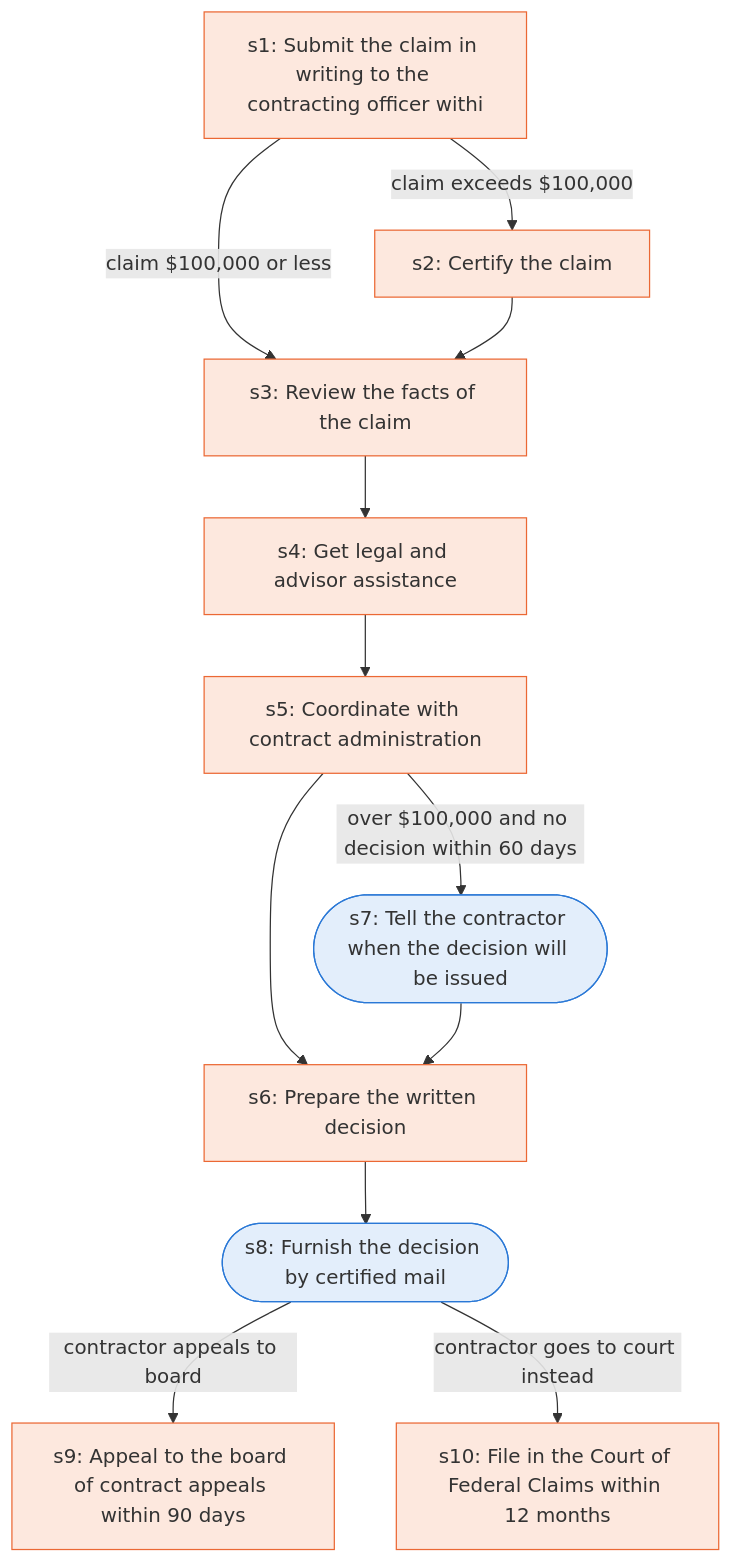
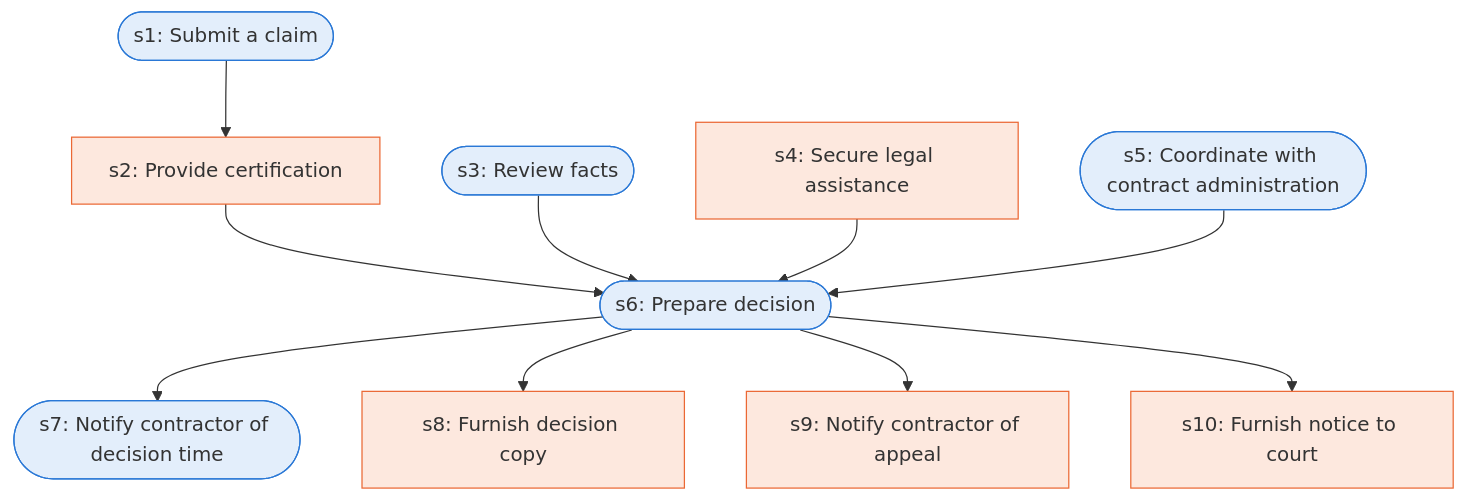
Before and after one commit to Jitesh-Mishra/sop-to-agent-workflows: the diagram in docs/runbooks/far_contract_claim_decision.md, drawn with Mermaid. The commit also changed other lines of this file and 172 other files, not shown here.

````diff
--- a/docs/runbooks/far_contract_claim_decision.md
+++ b/docs/runbooks/far_contract_claim_decision.md
@@ -7,28 +7,26 @@
 ```mermaid
 flowchart TD
-  s1["s1: Submit the claim in writing to the contracting officer withi"]
-  s2["s2: Certify the claim"]
-  s3["s3: Review the facts of the claim"]
-  s4["s4: Get legal and advisor assistance"]
-  s5["s5: Coordinate with contract administration"]
-  s6["s6: Prepare the written decision"]
-  s7(["s7: Tell the contractor when the decision will be issued"])
-  s8(["s8: Furnish the decision by certified mail"])
-  s9["s9: Appeal to the board of contract appeals within 90 days"]
-  s10["s10: File in the Court of Federal Claims within 12 months"]
-  s1 -->|claim exceeds $100,000| s2
-  s1 -->|claim $100,000 or less| s3
-  s2 --> s3
-  s3 --> s4
-  s4 --> s5
+  s1(["s1: Submit a claim"])
+  s2["s2: Provide certification"]
+  s3(["s3: Review facts"])
+  s4["s4: Secure legal assistance"]
+  s5(["s5: Coordinate with contract administration"])
+  s6(["s6: Prepare decision"])
+  s7(["s7: Notify contractor of decision time"])
+  s8["s8: Furnish decision copy"]
+  s9["s9: Notify contractor of appeal"]
+  s10["s10: Furnish notice to court"]
+  s1 --> s2
+  s2 --> s6
+  s3 --> s6
+  s4 --> s6
   s5 --> s6
-  s5 -->|over $100,000 and no decision within 60 days| s7
-  s7 --> s6
+  s6 --> s7
   s6 --> s8
-  s8 -->|contractor appeals to board| s9
-  s8 -->|contractor goes to court instead| s10
+  s6 --> s9
+  s6 --> s10
   classDef agent fill:#e3eefb,stroke:#2a78d6
   classDef human fill:#fde8de,stroke:#eb6834
-  class s7,s8 agent
-  class s1,s2,s3,s4,s5,s6,s9,s10 human
+  class s1,s3,s5,s6,s7 agent
+  class s2,s4,s8,s9,s10 human
 ```
````
